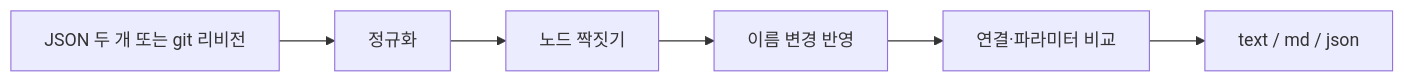
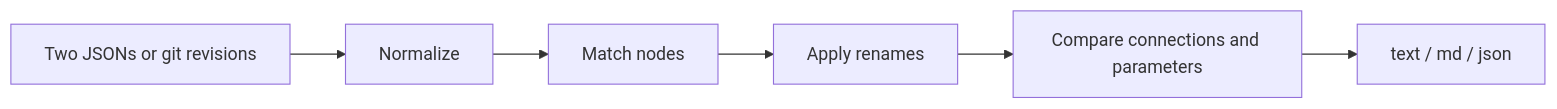
One commit to LeeGyeongPil/n8n-tidy changed the diagram in README.md. Above: the diagram before and after it, drawn with Mermaid. The commit also changed other lines of this file and 2 other files, not shown here.

````diff
--- a/README.md
+++ b/README.md
@@ -199,8 +197,8 @@
 ```mermaid
 flowchart LR
-  A["JSON 두 개 또는 git 리비전"] --> B["정규화"]
-  B --> C["노드 짝짓기"]
-  C --> D["이름 변경 반영"]
-  D --> E["연결·파라미터 비교"]
+  A["Two JSONs or git revisions"] --> B["Normalize"]
+  B --> C["Match nodes"]
+  C --> D["Apply renames"]
+  D --> E["Compare connections and parameters"]
   E --> F["text / md / json"]
 ```
````
